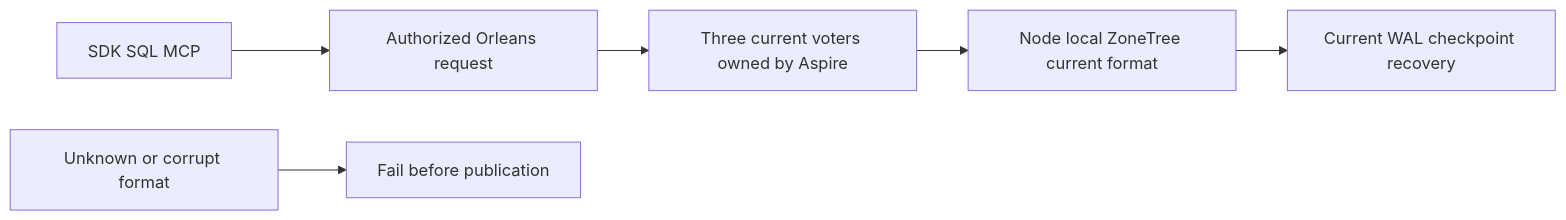
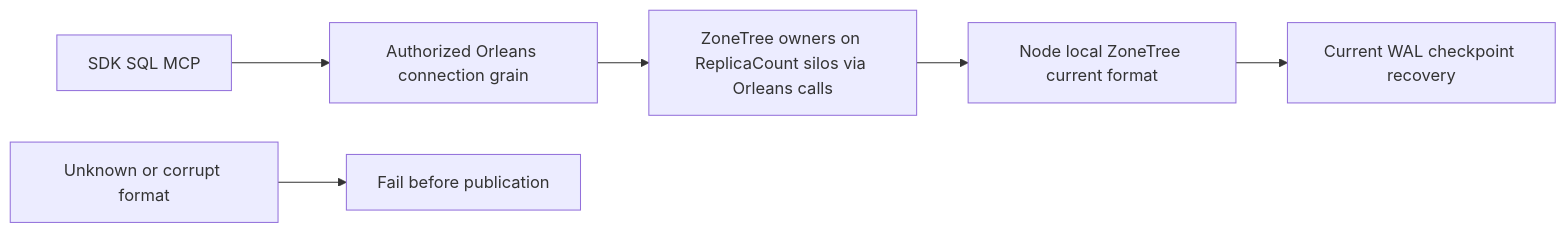
Before and after one commit to managedcode/KeyLoad: the diagram in docs/Features/StorageRecovery/CurrentFormat.md, drawn with Mermaid. The commit also changed other lines of this file and 7356 other files, not shown here.

````diff
--- a/docs/Features/StorageRecovery/CurrentFormat.md
+++ b/docs/Features/StorageRecovery/CurrentFormat.md
@@ -94,8 +65,8 @@
 ```mermaid
 flowchart LR
-  Caller[SDK SQL MCP] --> Request[Authorized Orleans request]
-  Request --> RF3[Three current voters owned by Aspire]
-  RF3 --> Store[Node local ZoneTree current format]
+  Caller[SDK SQL MCP] --> Request[Authorized Orleans connection grain]
+  Request --> Owners[ZoneTree owners on ReplicaCount silos via Orleans calls]
+  Owners --> Store[Node local ZoneTree current format]
   Store --> Recover[Current WAL checkpoint recovery]
   Unsupported[Unknown or corrupt format] --> Reject[Fail before publication]
 ```
````
